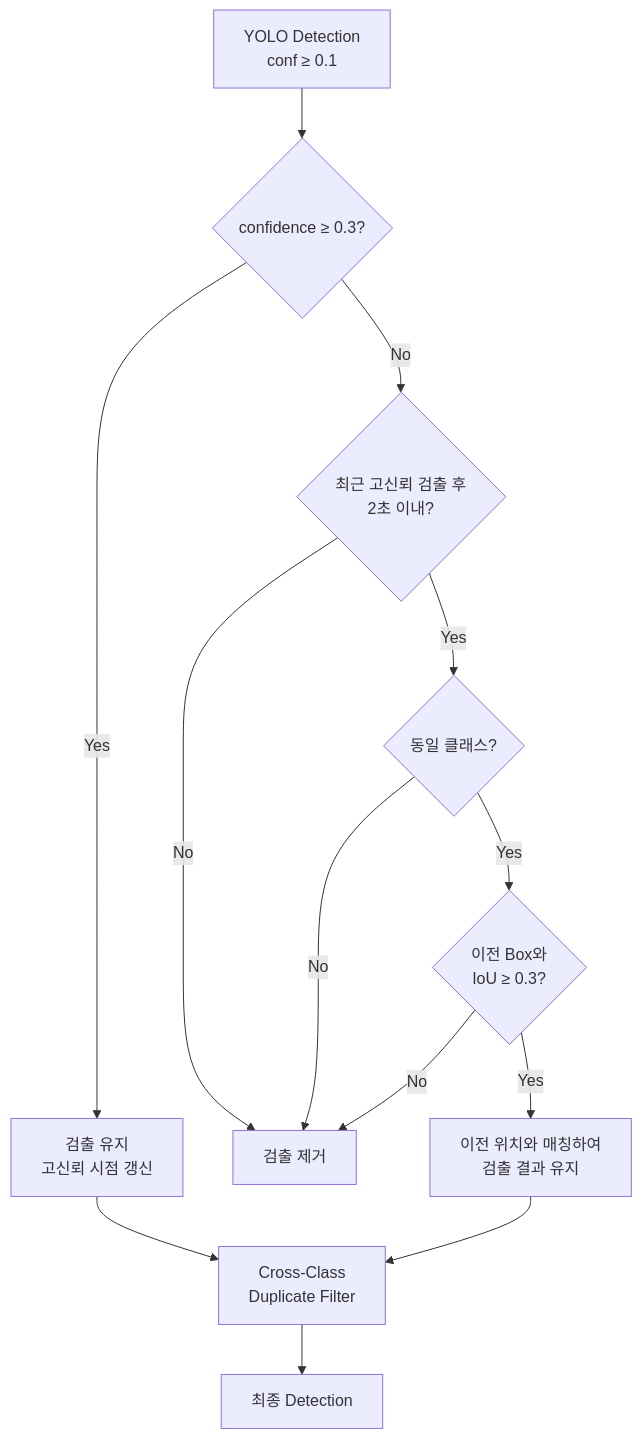
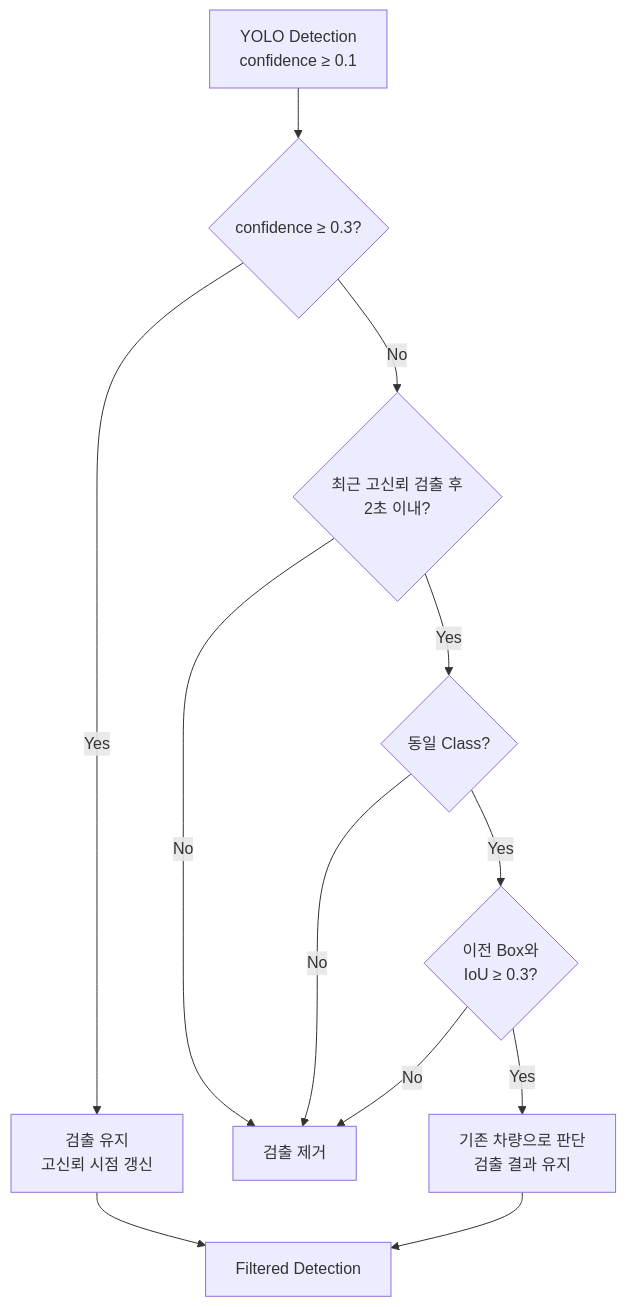
One commit to chieftain4202/RTL-Verification-Projects changed the sixth of 8 diagrams in 08-yolo-vehicle-detection/README.md. Above: the diagram before and after it, drawn with Mermaid. The commit also changed other lines of this file, not shown here.

````diff
--- a/08-yolo-vehicle-detection/README.md
+++ b/08-yolo-vehicle-detection/README.md
@@ -125,20 +212,19 @@
 ```mermaid
 flowchart TD
-    DETECT["YOLO Detection<br/>conf ≥ 0.1"] --> HIGH{"confidence ≥ 0.3?"}
+    DETECT["YOLO Detection<br/>confidence ≥ 0.1"] --> HIGH{"confidence ≥ 0.3?"}
 
     HIGH -->|Yes| KEEP["검출 유지<br/>고신뢰 시점 갱신"]
     HIGH -->|No| TIME{"최근 고신뢰 검출 후<br/>2초 이내?"}
 
     TIME -->|No| REMOVE["검출 제거"]
-    TIME -->|Yes| CLASS{"동일 클래스?"}
+    TIME -->|Yes| CLASS{"동일 Class?"}
 
     CLASS -->|No| REMOVE
     CLASS -->|Yes| IOU{"이전 Box와<br/>IoU ≥ 0.3?"}
 
-    IOU -->|Yes| HOLD["이전 위치와 매칭하여<br/>검출 결과 유지"]
+    IOU -->|Yes| HOLD["기존 차량으로 판단<br/>검출 결과 유지"]
     IOU -->|No| REMOVE
 
-    KEEP --> DUP["Cross-Class<br/>Duplicate Filter"]
-    HOLD --> DUP
-    DUP --> OUTPUT["최종 Detection"]
+    KEEP --> OUTPUT["Filtered Detection"]
+    HOLD --> OUTPUT
 ```
````
